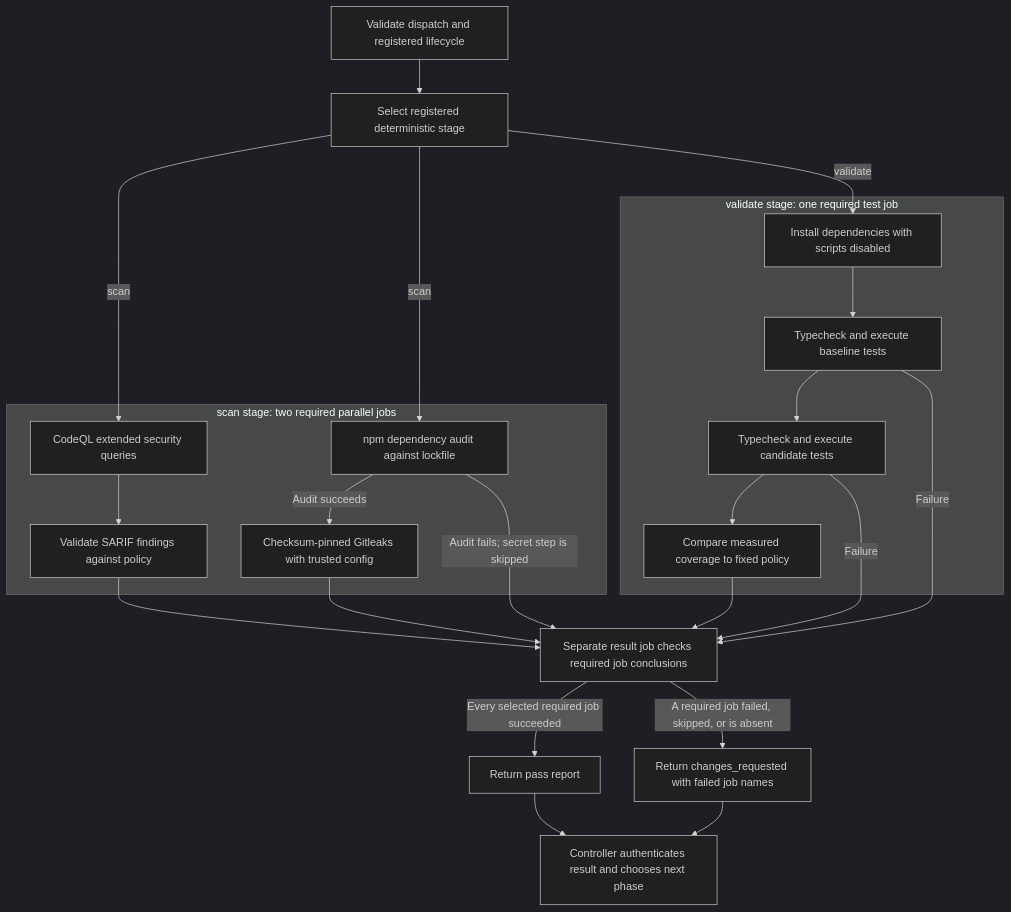
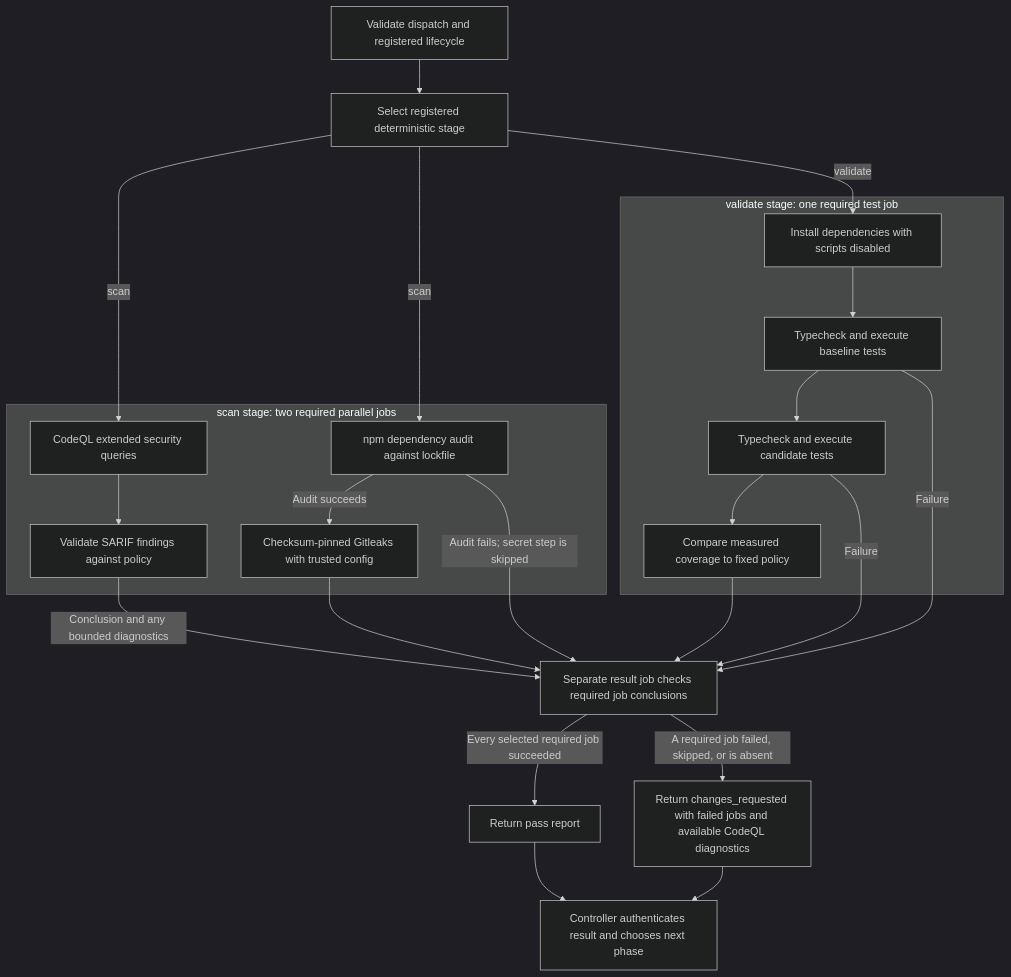
Before and after one commit to dav1dc-cs-test-org/agentic-sdlc-prototype: the fifth of 7 diagrams in docs/architecture.md, drawn with Mermaid (dark theme). The commit also changed other lines of this file and 9 other files, not shown here.

````diff
--- a/docs/architecture.md
+++ b/docs/architecture.md
@@ -369,36 +369,36 @@
 ```mermaid
 flowchart TD
     GatePrepare["Validate dispatch and registered lifecycle"]
     GateStage["Select registered deterministic stage"]
     subgraph GateScan["scan stage: two required parallel jobs"]
         GateCodeQL["CodeQL extended security queries"]
         GateSarif["Validate SARIF findings against policy"]
         GateAudit["npm dependency audit against lockfile"]
         GateSecrets["Checksum-pinned Gitleaks with trusted config"]
     end
     subgraph GateTests["validate stage: one required test job"]
         GateInstall["Install dependencies with scripts disabled"]
         GateBaseline["Typecheck and execute baseline tests"]
         GateCandidate["Typecheck and execute candidate tests"]
         GateCoverage["Compare measured coverage to fixed policy"]
     end
     GateResult["Separate result job checks required job conclusions"]
     GatePass["Return pass report"]
-    GateFail["Return changes_requested with failed job names"]
+    GateFail["Return changes_requested with failed jobs and available CodeQL diagnostics"]
     GateController["Controller authenticates result and chooses next phase"]
 
     GatePrepare --> GateStage
     GateStage -->|"scan"| GateCodeQL --> GateSarif
     GateStage -->|"scan"| GateAudit -->|"Audit succeeds"| GateSecrets
-    GateSarif --> GateResult
+    GateSarif -->|"Conclusion and any bounded diagnostics"| GateResult
     GateSecrets --> GateResult
     GateAudit -->|"Audit fails; secret step is skipped"| GateResult
     GateStage -->|"validate"| GateInstall --> GateBaseline
     GateBaseline --> GateCandidate --> GateCoverage --> GateResult
     GateBaseline -->|"Failure"| GateResult
     GateCandidate -->|"Failure"| GateResult
     GateResult -->|"Every selected required job succeeded"| GatePass
     GateResult -->|"A required job failed, skipped, or is absent"| GateFail
     GatePass --> GateController
     GateFail --> GateController
 ```
````
